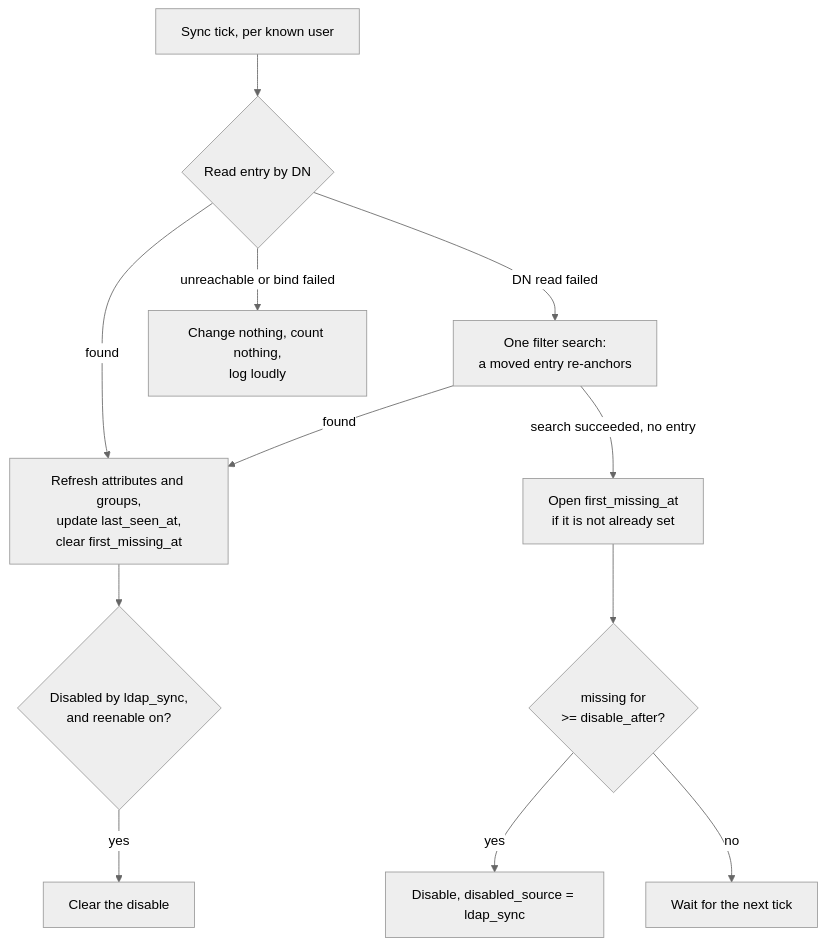
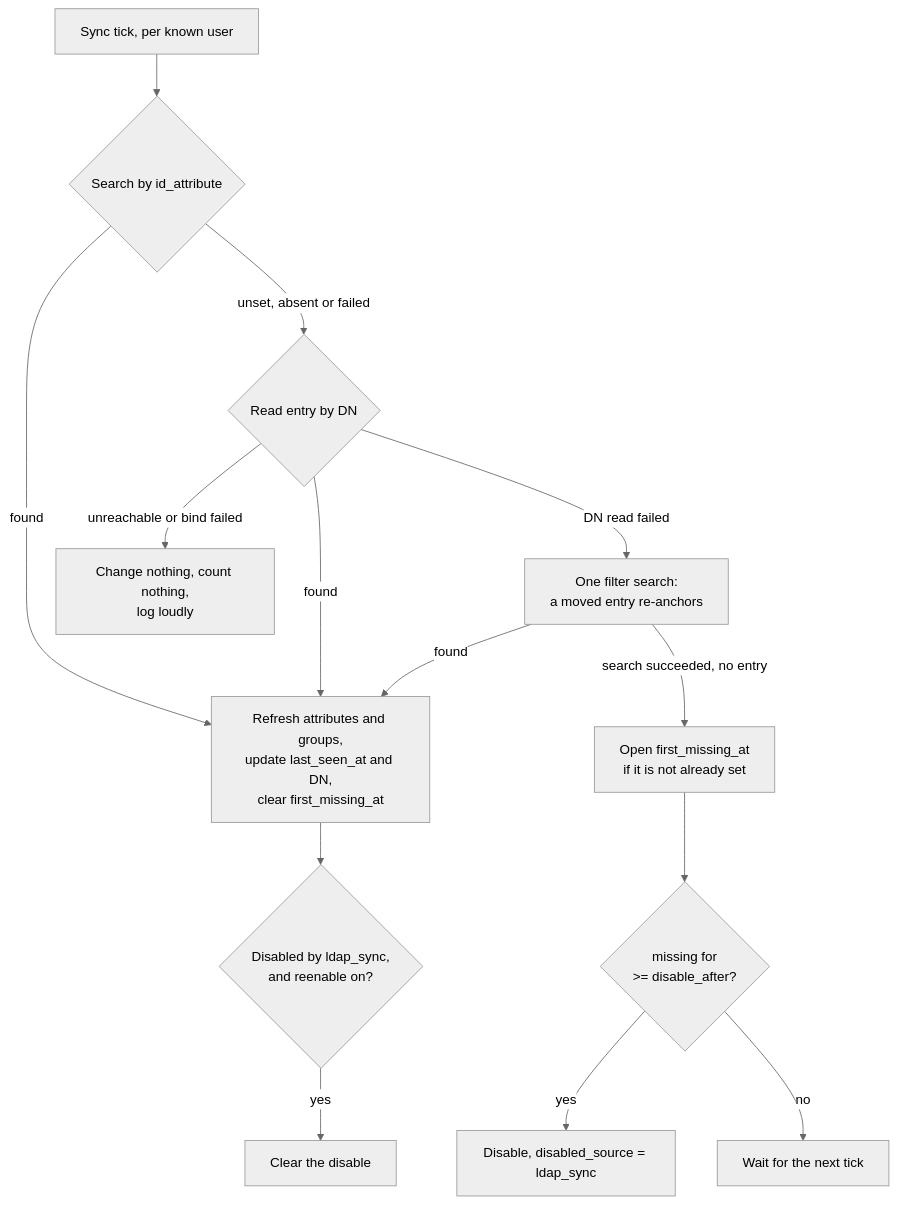
Before and after one commit to mnestor/ssoossh: the diagram in user-docs/src/content/docs/operations/ldap.md, drawn with Mermaid (neutral theme). The commit also changed other lines of this file and 1 other file, not shown here.

````diff
--- a/user-docs/src/content/docs/operations/ldap.md
+++ b/user-docs/src/content/docs/operations/ldap.md
@@ -206,14 +241,16 @@
 ```mermaid
 flowchart TD
-    S["Sync tick, per known user"] --> D{"Read entry by DN"}
-    D -- "found" --> R["Refresh attributes and groups,<br/>update last_seen_at,<br/>clear first_missing_at"]
+    S["Sync tick, per known user"] --> I{"Search by id_attribute"}
+    I -- "found" --> R["Refresh attributes and groups,<br/>update last_seen_at and DN,<br/>clear first_missing_at"]
+    I -- "unset, absent or failed" --> D{"Read entry by DN"}
+    D -- "found" --> R
     D -- "DN read failed" --> F["One filter search:<br/>a moved entry re-anchors"]
     F -- "found" --> R
     F -- "search succeeded, no entry" --> M["Open first_missing_at<br/>if it is not already set"]
     M --> T{"missing for<br/>>= disable_after?"}
     T -- "yes" --> X["Disable, disabled_source = ldap_sync"]
     T -- "no" --> W["Wait for the next tick"]
     D -- "unreachable or bind failed" --> N["Change nothing, count nothing,<br/>log loudly"]
     R --> E{"Disabled by ldap_sync,<br/>and reenable on?"}
     E -- "yes" --> C["Clear the disable"]
 ```
````
